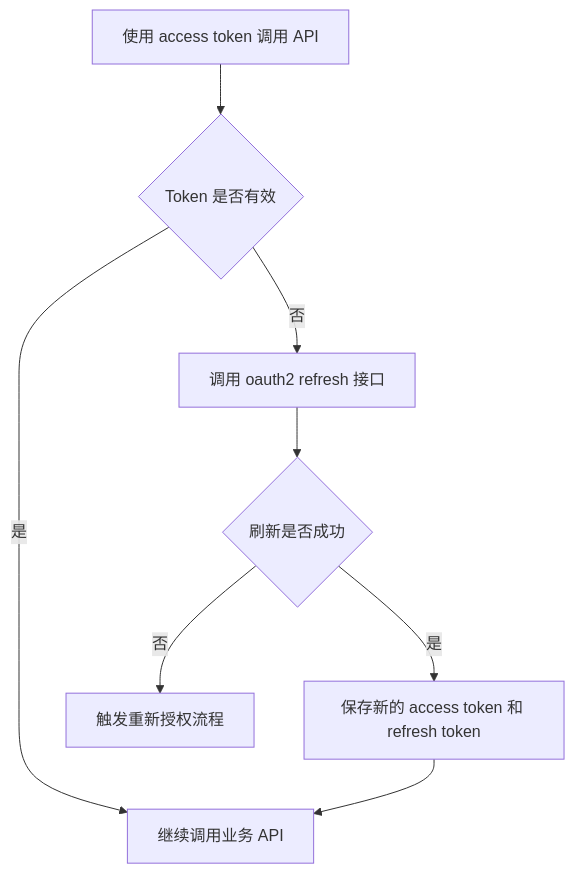
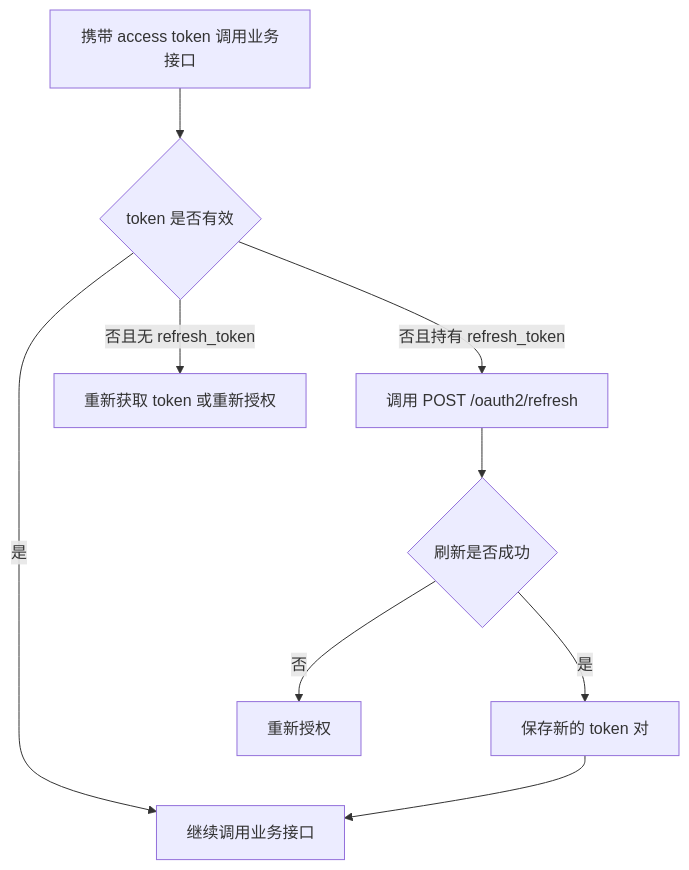
Before and after one commit to EugeneJian/growatt-unified-api: the diagram in Growatt API/OPENAPI.zh-CN/03_api_refresh.md, drawn with Mermaid. The commit also changed other lines of this file and 26 other files, not shown here.

````diff
--- a/Growatt API/OPENAPI.zh-CN/03_api_refresh.md
+++ b/Growatt API/OPENAPI.zh-CN/03_api_refresh.md
@@ -16,11 +20,12 @@
 ```mermaid
 %% 本代码严格遵循AI生成Mermaid代码的终极准则v4.1（Mermaid终极大师）
 flowchart TD
-    A["使用 access token 调用 API"] --> B{"Token 是否有效"}
-    B -->|"是"| C["继续调用业务 API"]
-    B -->|"否"| D["调用 oauth2 refresh 接口"]
-    D --> E{"刷新是否成功"}
-    E -->|"是"| F["保存新的 access token 和 refresh token"]
-    F --> C
-    E -->|"否"| G["触发重新授权流程"]
+    A["携带 access token 调用业务接口"] --> B{"token 是否有效"}
+    B -->|"是"| C["继续调用业务接口"]
+    B -->|"否且持有 refresh_token"| D["调用 POST /oauth2/refresh"]
+    B -->|"否且无 refresh_token"| E["重新获取 token 或重新授权"]
+    D --> F{"刷新是否成功"}
+    F -->|"是"| G["保存新的 token 对"]
+    F -->|"否"| H["重新授权"]
+    G --> C
 ```
````
